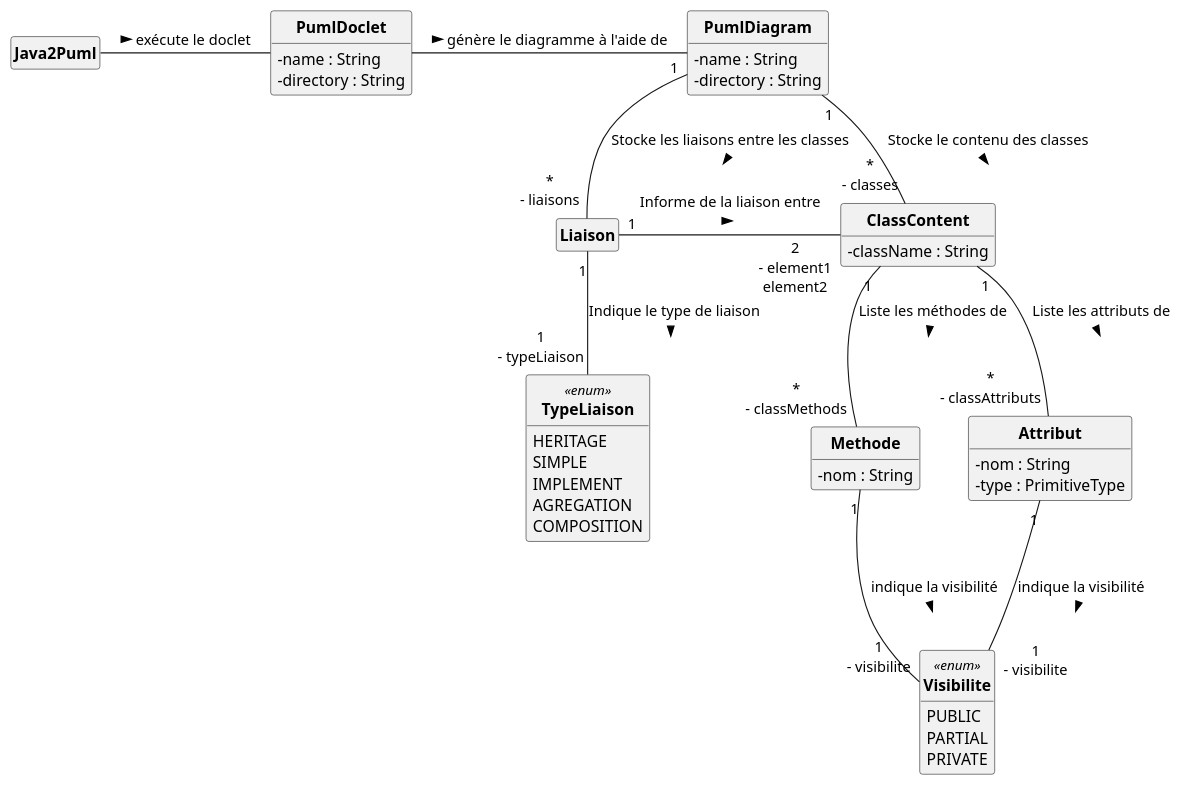
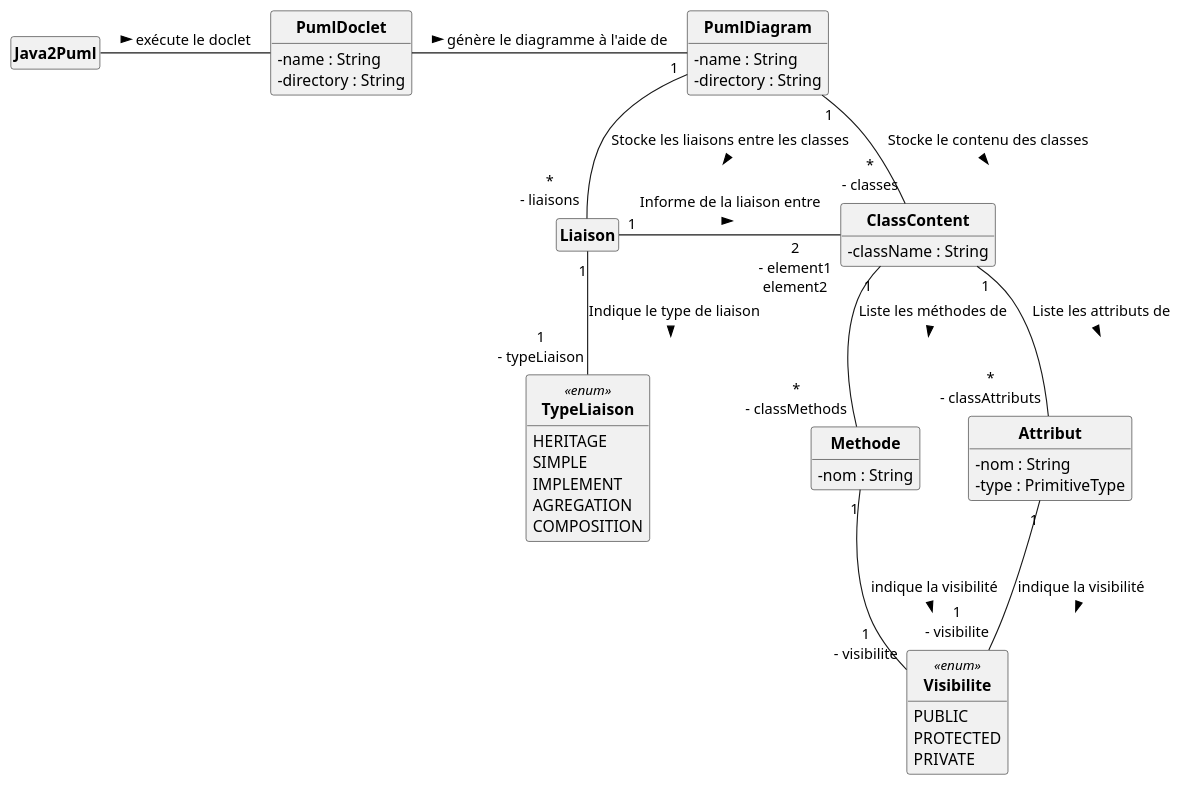
The diagram in uml/pumlFromJavaDCA.puml (DimToups/Java-to-PUML-converter), drawn with PlantUML before and after one commit. The commit also changed 11 other files, not shown here.

```diff
--- a/uml/pumlFromJavaDCA.puml
+++ b/uml/pumlFromJavaDCA.puml
@@ -1,56 +1,56 @@
 @startuml
 'https://plantuml.com/class-diagram
 
 skinparam style strictuml
 skinparam classAttributeIconSize 0
 skinparam classFontStyle Bold
 
 hide empty members
 
 class Java2Puml{
 }
 class PumlDoclet{
     - name : String
     - directory : String
 }
 class PumlDiagram{
     - name : String
     - directory : String
 }
 class ClassContent{
     - className : String
 }
 class Attribut{
     - nom : String
     - type : PrimitiveType
 }
 class Methode{
     - nom : String
 }
 class Liaison{
 }
 enum TypeLiaison <<enum>>{
     HERITAGE
     SIMPLE
     IMPLEMENT
     AGREGATION
     COMPOSITION
 }
 enum Visibilite <<enum>>{
     PUBLIC
-    PARTIAL
+    PROTECTED
     PRIVATE
 }
 
 Java2Puml - PumlDoclet : > exécute le doclet
 PumlDoclet - PumlDiagram : > génère le diagramme à l'aide de
 PumlDiagram "1" - "*\n- classes" ClassContent : Stocke le contenu des classes\n >
 PumlDiagram "1" -- "*\n- liaisons" Liaison : Stocke les liaisons entre les classes\n >
 ClassContent "1" -- "*\n- classAttributs" Attribut : Liste les attributs de\n >
 ClassContent "1" -- "*\n- classMethods" Methode : Liste les méthodes de\n >
 Attribut "1" -- "1\n- visibilite" Visibilite : indique la visibilité\n >
 Methode "1" -- "1\n- visibilite" Visibilite : indique la visibilité\n >
 Liaison "1" - "2\n- element1\nelement2" ClassContent : Informe de la liaison entre\n >
 Liaison "1" -- "1\n- typeLiaison" TypeLiaison : Indique le type de liaison\n >
 
 @enduml
```
